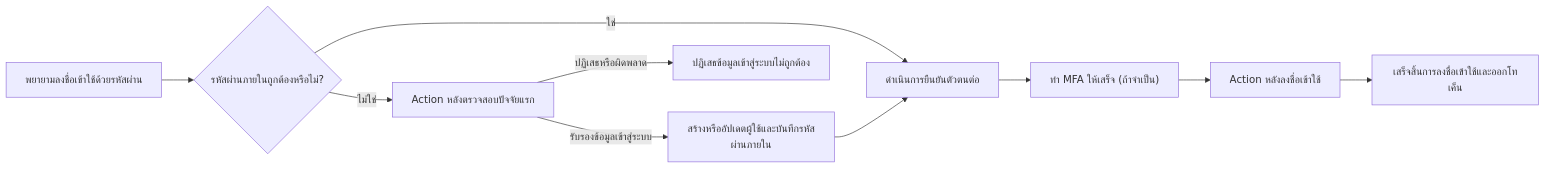
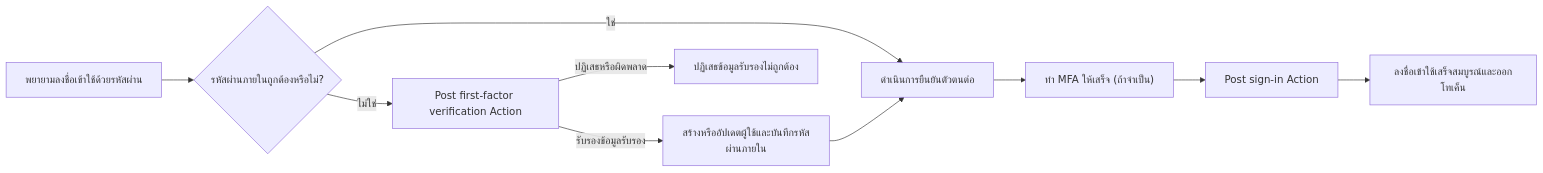
The diagram in i18n/th/docusaurus-plugin-content-docs/current/developers/actions/README.mdx (logto-io/docs), drawn with Mermaid before and after one commit. The commit also changed other lines of this file and 17 other files, not shown here.

````diff
--- a/i18n/th/docusaurus-plugin-content-docs/current/developers/actions/README.mdx
+++ b/i18n/th/docusaurus-plugin-content-docs/current/developers/actions/README.mdx
@@ -29,12 +29,12 @@
 ```mermaid
 flowchart LR
   A["พยายามลงชื่อเข้าใช้ด้วยรหัสผ่าน"] --> B{"รหัสผ่านภายในถูกต้องหรือไม่?"}
   B -->|"ใช่"| E["ดำเนินการยืนยันตัวตนต่อ"]
-  B -->|"ไม่ใช่"| C["Action หลังตรวจสอบปัจจัยแรก"]
-  C -->|"รับรองข้อมูลเข้าสู่ระบบ"| D["สร้างหรืออัปเดตผู้ใช้และบันทึกรหัสผ่านภายใน"]
-  C -->|"ปฏิเสธหรือผิดพลาด"| X["ปฏิเสธข้อมูลเข้าสู่ระบบไม่ถูกต้อง"]
+  B -->|"ไม่ใช่"| C["Post first-factor verification Action"]
+  C -->|"รับรองข้อมูลรับรอง"| D["สร้างหรืออัปเดตผู้ใช้และบันทึกรหัสผ่านภายใน"]
+  C -->|"ปฏิเสธหรือผิดพลาด"| X["ปฏิเสธข้อมูลรับรองไม่ถูกต้อง"]
   D --> E
   E --> F["ทำ MFA ให้เสร็จ (ถ้าจำเป็น)"]
-  F --> G["Action หลังลงชื่อเข้าใช้"]
-  G --> H["เสร็จสิ้นการลงชื่อเข้าใช้และออกโทเค็น"]
+  F --> G["Post sign-in Action"]
+  G --> H["ลงชื่อเข้าใช้เสร็จสมบูรณ์และออกโทเค็น"]
 ```
````
